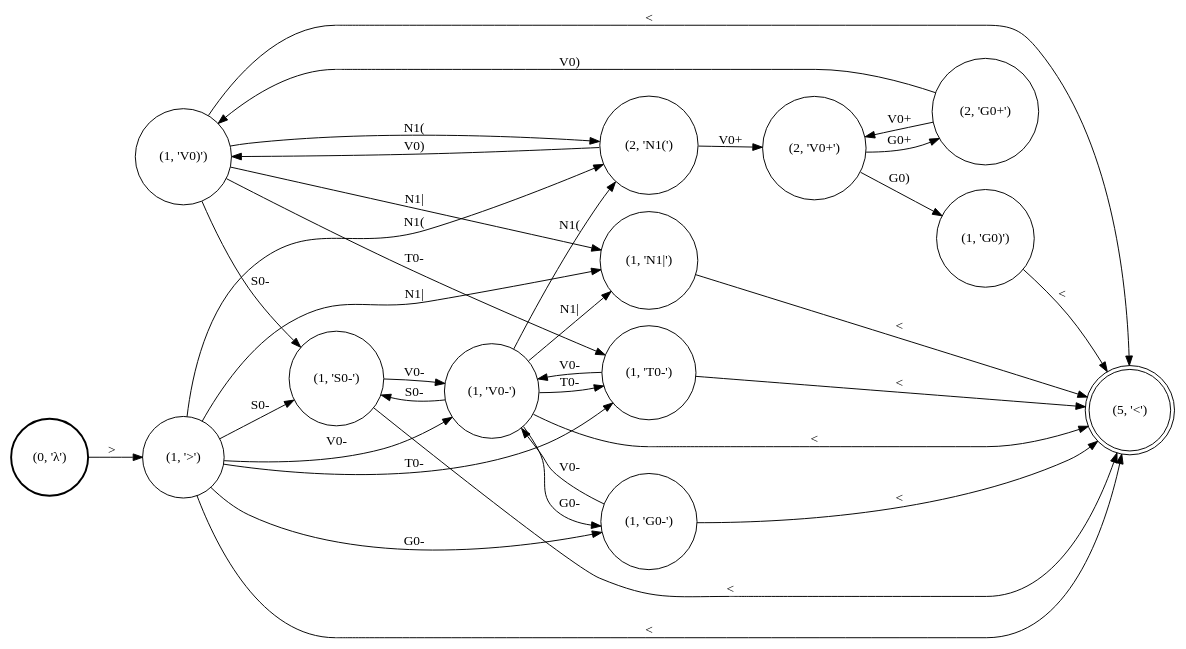
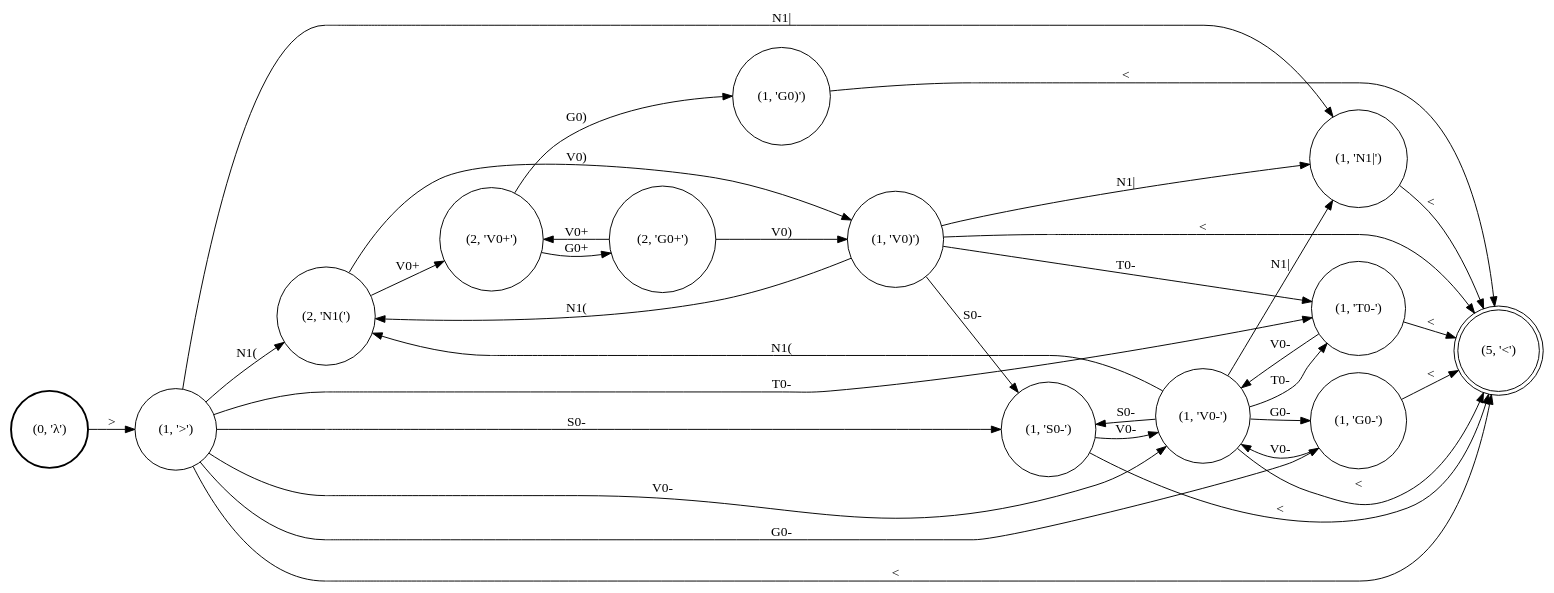
The diagram in demo/Lang_nasal.dot (colincwilson/statgram), drawn with Graphviz before and after one commit. The commit also changed 10 other files, not shown here.

```diff
--- a/demo/Lang_nasal.dot
+++ b/demo/Lang_nasal.dot
@@ -1,50 +1,50 @@
 digraph G {
 rankdir=LR;
 node [shape=circle]
-0 [label="(1, 'V0)')"]
-1 [label="(2, 'V0+')"]
-2 [label="(1, 'S0-')"]
-3 [label="(1, 'N1|')"]
-4 [label="(2, 'N1(')"]
-5 [label="(1, 'G0)')"]
-6 [style=bold label="(0, 'λ')"]
-7 [label="(1, '>')"]
-8 [label="(1, 'G0-')"]
-9 [shape=doublecircle label="(5, '<')"]
-10 [label="(1, 'V0-')"]
-11 [label="(2, 'G0+')"]
-12 [label="(1, 'T0-')"]
-10 -> 12 [label="T0-"]
-8 -> 9 [label="<"]
-1 -> 11 [label="G0+"]
-4 -> 1 [label="V0+"]
-0 -> 9 [label="<"]
-5 -> 9 [label="<"]
-10 -> 4 [label="N1("]
-7 -> 10 [label="V0-"]
-10 -> 8 [label="G0-"]
-7 -> 12 [label="T0-"]
-7 -> 9 [label="<"]
-6 -> 7 [label=">"]
-12 -> 9 [label="<"]
-2 -> 9 [label="<"]
-2 -> 10 [label="V0-"]
-0 -> 12 [label="T0-"]
-12 -> 10 [label="V0-"]
-0 -> 4 [label="N1("]
-7 -> 2 [label="S0-"]
-10 -> 2 [label="S0-"]
-0 -> 2 [label="S0-"]
-10 -> 3 [label="N1|"]
-3 -> 9 [label="<"]
-0 -> 3 [label="N1|"]
-4 -> 0 [label="V0)"]
-7 -> 3 [label="N1|"]
-8 -> 10 [label="V0-"]
-11 -> 0 [label="V0)"]
-7 -> 8 [label="G0-"]
-7 -> 4 [label="N1("]
-10 -> 9 [label="<"]
-11 -> 1 [label="V0+"]
-1 -> 5 [label="G0)"]
+0 [label="(2, 'N1(')"]
+1 [label="(2, 'G0+')"]
+2 [shape=doublecircle label="(5, '<')"]
+3 [label="(1, 'G0-')"]
+4 [label="(1, 'V0-')"]
+5 [style=bold label="(0, 'λ')"]
+6 [label="(1, 'N1|')"]
+7 [label="(1, 'V0)')"]
+8 [label="(2, 'V0+')"]
+9 [label="(1, 'T0-')"]
+10 [label="(1, 'G0)')"]
+11 [label="(1, 'S0-')"]
+12 [label="(1, '>')"]
+4 -> 0 [label="N1("]
+6 -> 2 [label="<"]
+12 -> 0 [label="N1("]
+9 -> 4 [label="V0-"]
+11 -> 2 [label="<"]
+3 -> 4 [label="V0-"]
+4 -> 3 [label="G0-"]
+4 -> 2 [label="<"]
+12 -> 4 [label="V0-"]
+7 -> 0 [label="N1("]
+7 -> 11 [label="S0-"]
+5 -> 12 [label=">"]
+11 -> 4 [label="V0-"]
+7 -> 9 [label="T0-"]
+4 -> 11 [label="S0-"]
+7 -> 2 [label="<"]
+8 -> 10 [label="G0)"]
+7 -> 6 [label="N1|"]
+12 -> 9 [label="T0-"]
+9 -> 2 [label="<"]
+8 -> 1 [label="G0+"]
+3 -> 2 [label="<"]
+12 -> 6 [label="N1|"]
+10 -> 2 [label="<"]
+12 -> 2 [label="<"]
+4 -> 9 [label="T0-"]
+12 -> 11 [label="S0-"]
+0 -> 7 [label="V0)"]
+1 -> 7 [label="V0)"]
+4 -> 6 [label="N1|"]
+12 -> 3 [label="G0-"]
+0 -> 8 [label="V0+"]
+1 -> 8 [label="V0+"]
 }
```
